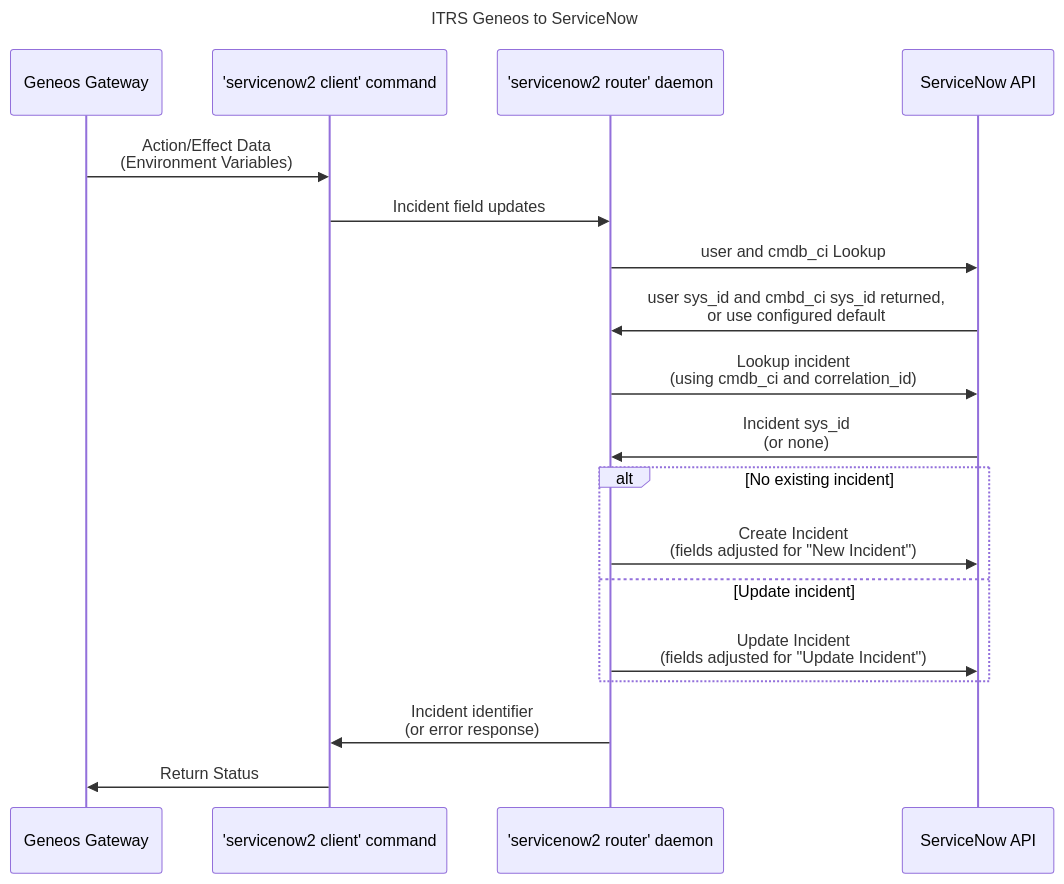
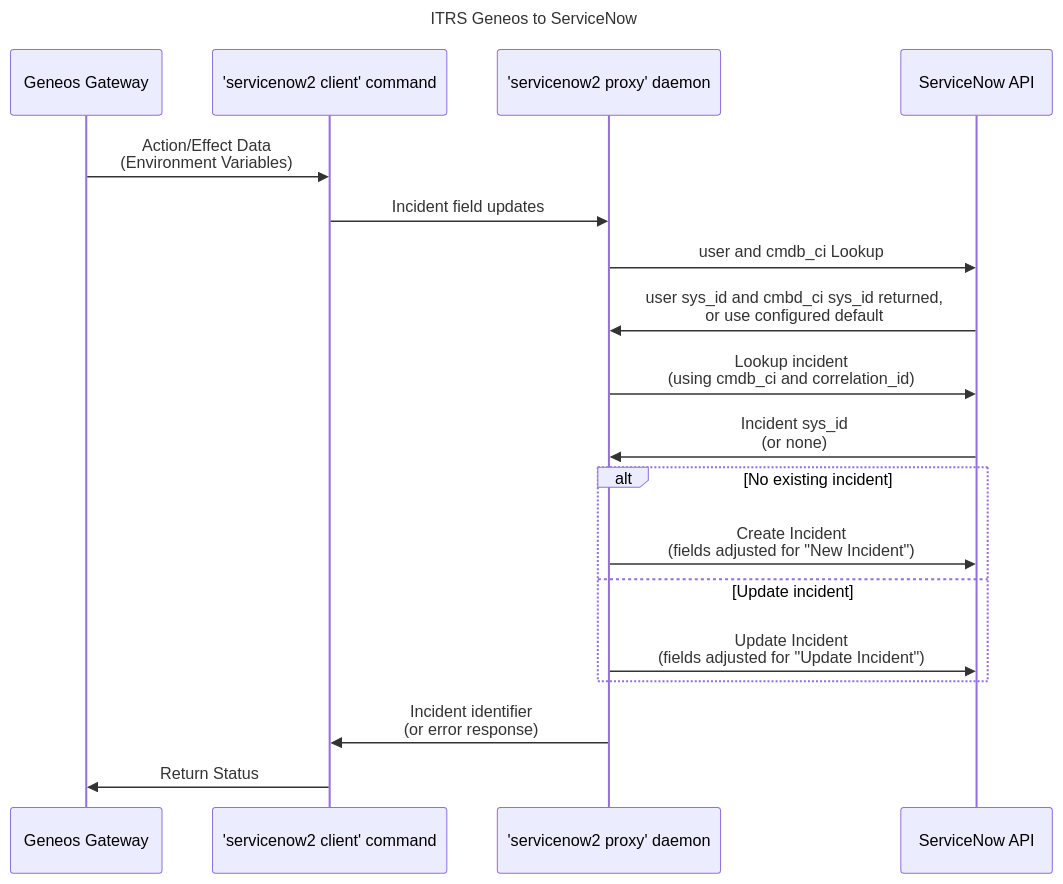
One commit to ITRS-Group/cordial changed the diagram in integrations/servicenow2/README.md. Above: the diagram before and after it, drawn with Mermaid. The commit also changed other lines of this file and 8 other files, not shown here.

Commit message:
integrations/servicenow2: refactor `router` to `proxy`

````diff
--- a/integrations/servicenow2/README.md
+++ b/integrations/servicenow2/README.md
@@ -94,28 +94,28 @@
 ```mermaid
 ---
 title: ITRS Geneos to ServiceNow
 ---
 sequenceDiagram
     participant G as Geneos Gateway
     participant C as 'servicenow2 client' command
-    participant R as 'servicenow2 router' daemon
+    participant R as 'servicenow2 proxy' daemon
     participant S as ServiceNow API
 
     G ->> C: Action/Effect Data<br/>(Environment Variables)
     C ->> R: Incident field updates
 
     R ->> S: user and cmdb_ci Lookup
     S ->> R: user sys_id and cmbd_ci sys_id returned,<br/> or use configured default
 
     R ->> S: Lookup incident<br/>(using cmdb_ci and correlation_id)
     S ->> R: Incident sys_id<br/>(or none)
 
     alt No existing incident
     R ->> S: Create Incident<br/>(fields adjusted for "New Incident")
     else Update incident
     R ->> S: Update Incident<br/>(fields adjusted for "Update Incident")
     end
 
     R ->> C: Incident identifier<br/>(or error response)
     C ->> G: Return Status
 ```
````
